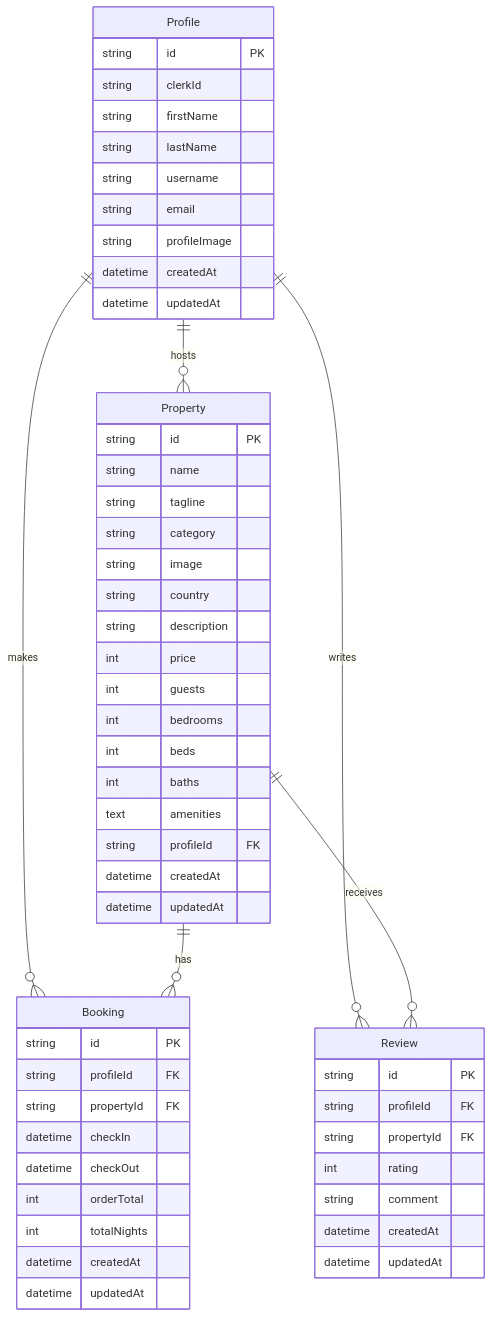
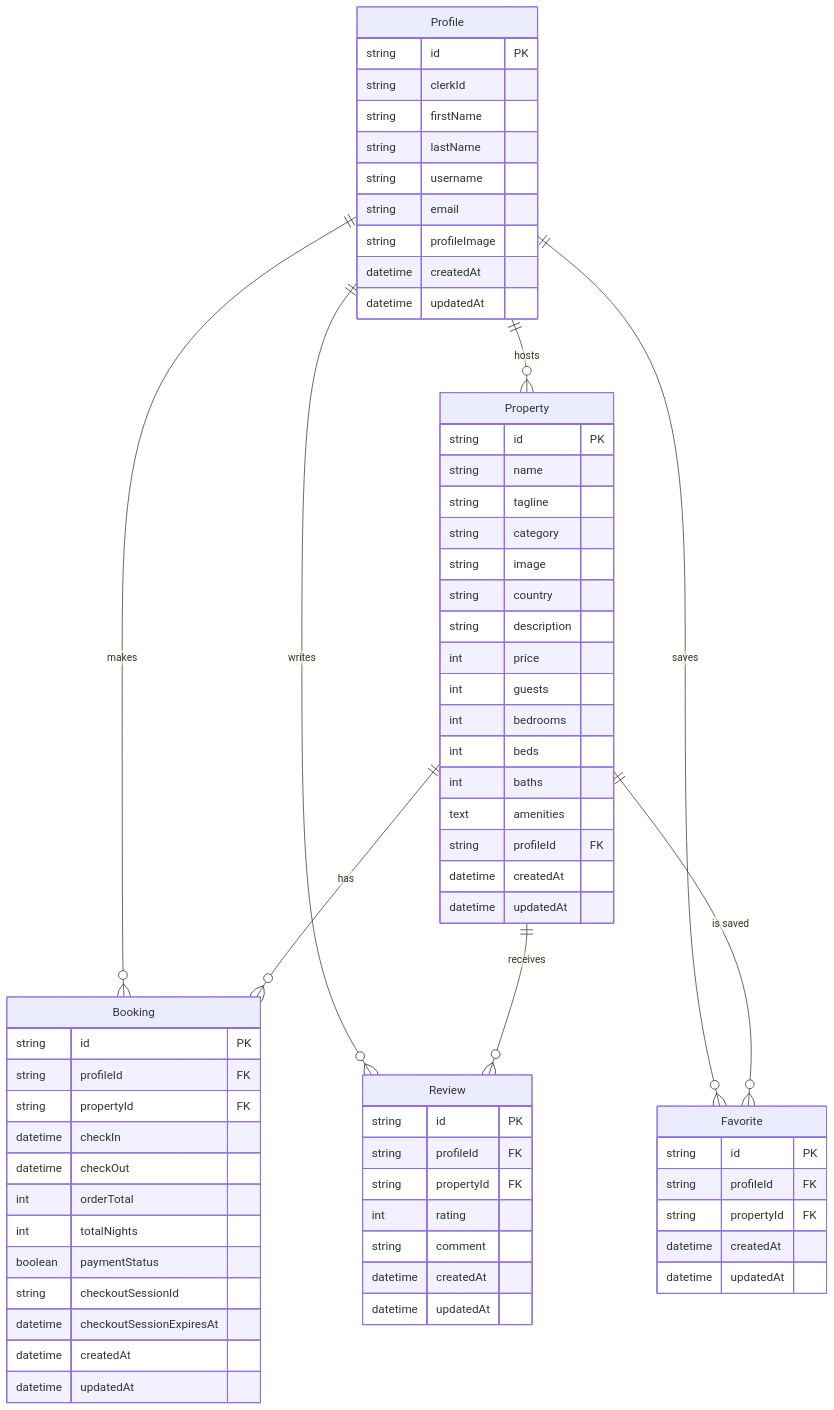
The second of 4 diagrams in README.md (myoshi2891/AirbnbCloneApp), drawn with Mermaid before and after one commit. The commit also changed other lines of this file and 2 other files, not shown here.

````diff
--- a/README.md
+++ b/README.md
@@ -83,61 +83,74 @@
 ```mermaid
 erDiagram
     Profile {
         string id PK
         string clerkId
         string firstName
         string lastName
         string username
         string email
         string profileImage
         datetime createdAt
         datetime updatedAt
     }
     
     Property {
         string id PK
         string name
         string tagline
         string category
         string image
         string country
         string description
         int price
         int guests
         int bedrooms
         int beds
         int baths
         text amenities
         string profileId FK
         datetime createdAt
         datetime updatedAt
     }
     
     Booking {
         string id PK
         string profileId FK
         string propertyId FK
         datetime checkIn
         datetime checkOut
         int orderTotal
         int totalNights
+        boolean paymentStatus
+        string checkoutSessionId
+        datetime checkoutSessionExpiresAt
+        datetime createdAt
+        datetime updatedAt
+    }
+
+    Favorite {
+        string id PK
+        string profileId FK
+        string propertyId FK
         datetime createdAt
         datetime updatedAt
     }
     
     Review {
         string id PK
         string profileId FK
         string propertyId FK
         int rating
         string comment
         datetime createdAt
         datetime updatedAt
     }
     
     Profile ||--o{ Property : "hosts"
     Profile ||--o{ Booking : "makes"
     Profile ||--o{ Review : "writes"
     Property ||--o{ Booking : "has"
     Property ||--o{ Review : "receives"
+    Profile ||--o{ Favorite : "saves"
+    Property ||--o{ Favorite : "is saved"
 ```
````
